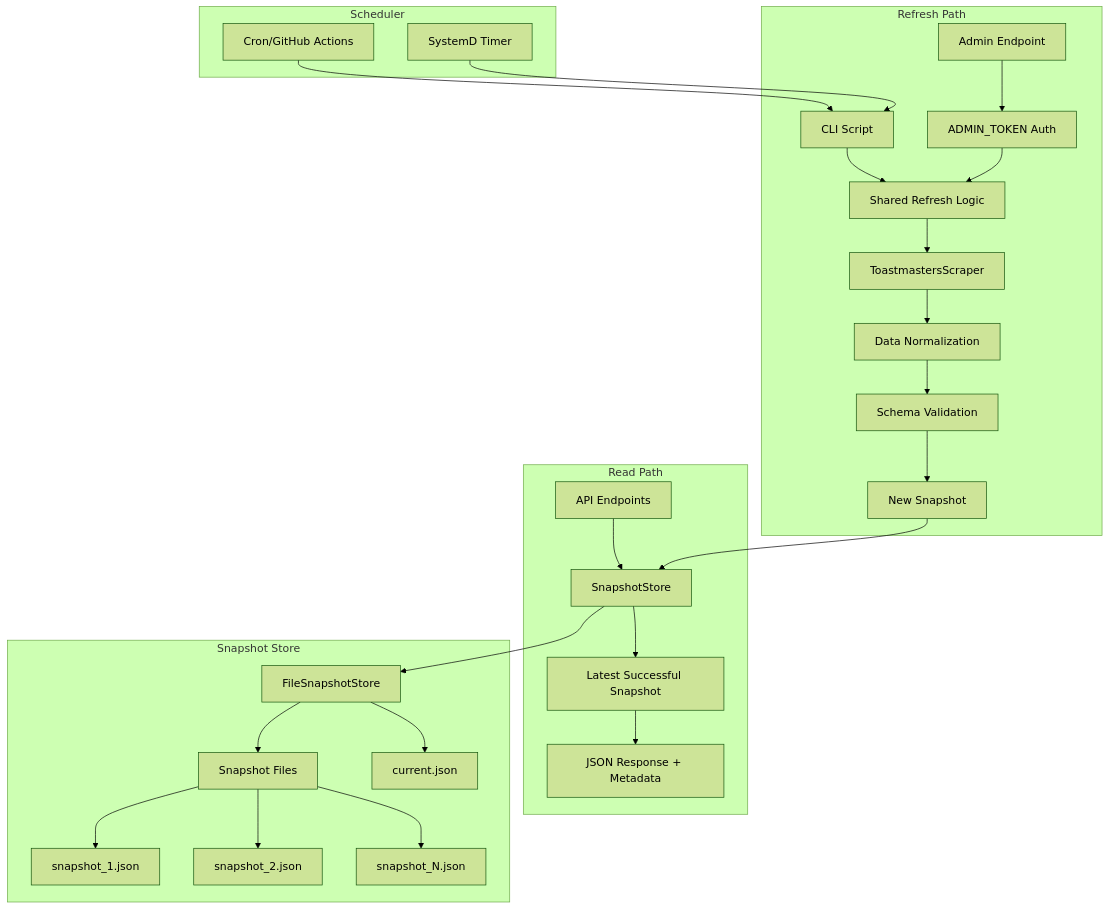
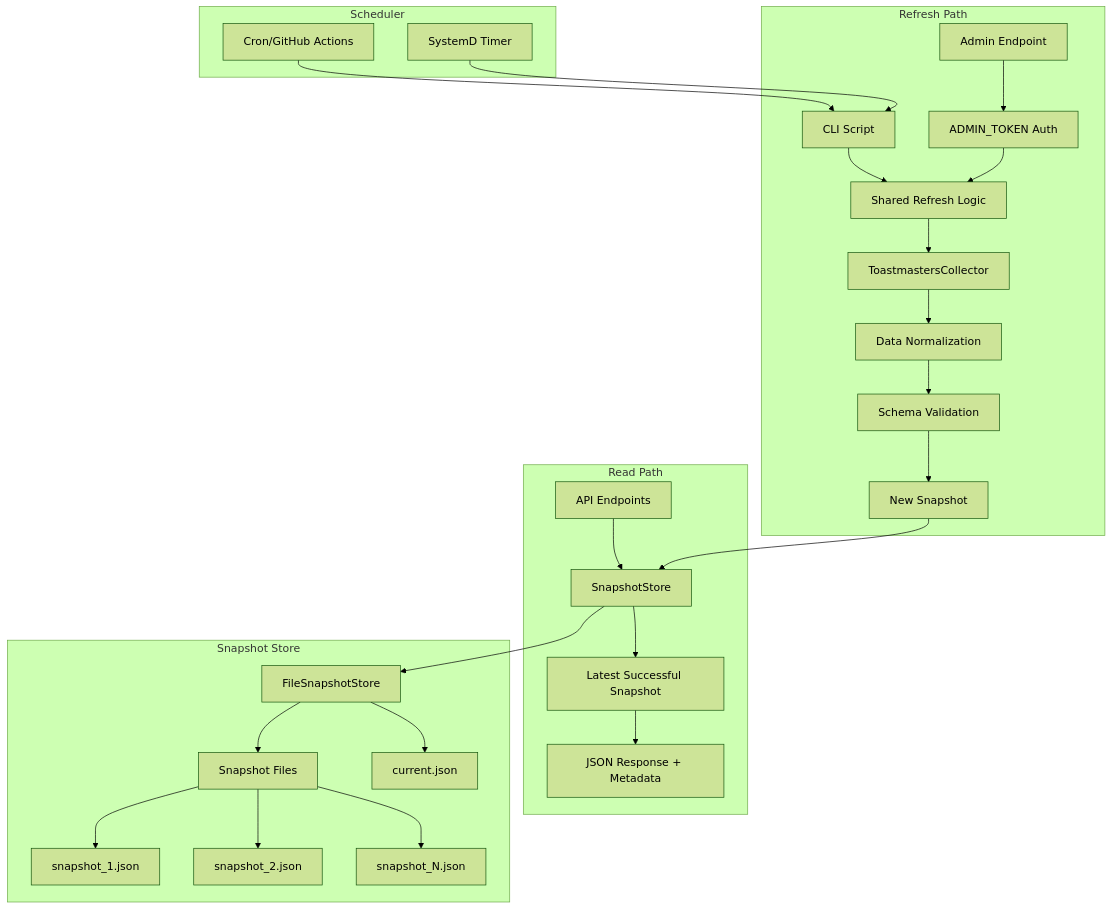
Before and after one commit to rservant/toast-stats: the diagram in .kiro/specs-archive/data-refresh-architecture/design.md, drawn with Mermaid (forest theme). The commit also changed other lines of this file and 267 other files, not shown here.

First line of the commit message:
refactor: rename scraper-cli to collector-cli across the codebase (#99)

````diff
--- a/.kiro/specs-archive/data-refresh-architecture/design.md
+++ b/.kiro/specs-archive/data-refresh-architecture/design.md
@@ -13,33 +13,33 @@
 ```mermaid
 graph TB
     subgraph "Read Path"
         API[API Endpoints] --> SS[SnapshotStore]
         SS --> LS[Latest Successful Snapshot]
         LS --> Response[JSON Response + Metadata]
     end
 
     subgraph "Refresh Path"
         Admin[Admin Endpoint] --> Auth[ADMIN_TOKEN Auth]
         CLI[CLI Script] --> RefreshLogic[Shared Refresh Logic]
         Auth --> RefreshLogic
-        RefreshLogic --> Scraper[ToastmastersScraper]
-        Scraper --> Normalize[Data Normalization]
+        RefreshLogic --> Collector[ToastmastersCollector]
+        Collector --> Normalize[Data Normalization]
         Normalize --> Validate[Schema Validation]
         Validate --> NewSnapshot[New Snapshot]
         NewSnapshot --> SS
     end
 
     subgraph "Snapshot Store"
         SS --> FSS[FileSnapshotStore]
         FSS --> SnapshotFiles[Snapshot Files]
         FSS --> CurrentPointer[current.json]
         SnapshotFiles --> S1[snapshot_1.json]
         SnapshotFiles --> S2[snapshot_2.json]
         SnapshotFiles --> S3[snapshot_N.json]
     end
 
     subgraph "Scheduler"
         Cron[Cron/GitHub Actions] --> CLI
         SystemD[SystemD Timer] --> CLI
     end
 ```
````
